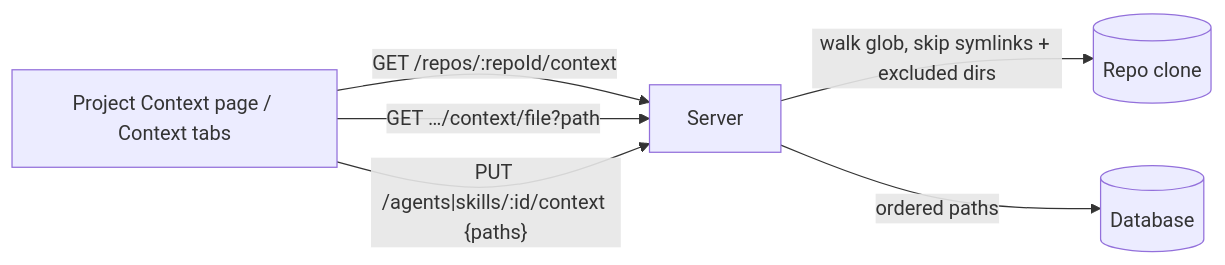
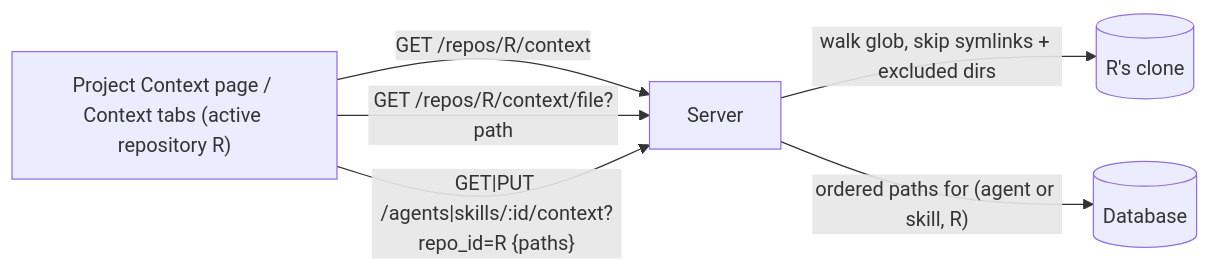
The second of 2 diagrams in specs/2026-10-11-project-context.md (MShcherbyna/dev-digest), drawn with Mermaid before and after one commit. The commit also changed other lines of this file and 32 other files, not shown here.

First line of the commit message:
L05-lab: store Project Context attachments per repository (agent x repo, skill x repo)

````diff
--- a/specs/2026-10-11-project-context.md
+++ b/specs/2026-10-11-project-context.md
@@ -660,8 +820,8 @@
 ```mermaid
 flowchart LR
-  page["Project Context page / Context tabs"] -- "GET /repos/:repoId/context" --> api["Server"]
-  api -- "walk glob, skip symlinks + excluded dirs" --> clone[("Repo clone")]
-  page -- "GET …/context/file?path" --> api
-  page -- "PUT /agents|skills/:id/context {paths}" --> api
-  api -- "ordered paths" --> db[("Database")]
+  page["Project Context page / Context tabs (active repository R)"] -- "GET /repos/R/context" --> api["Server"]
+  api -- "walk glob, skip symlinks + excluded dirs" --> clone[("R's clone")]
+  page -- "GET /repos/R/context/file?path" --> api
+  page -- "GET|PUT /agents|skills/:id/context?repo_id=R {paths}" --> api
+  api -- "ordered paths for (agent or skill, R)" --> db[("Database")]
 ```
````
